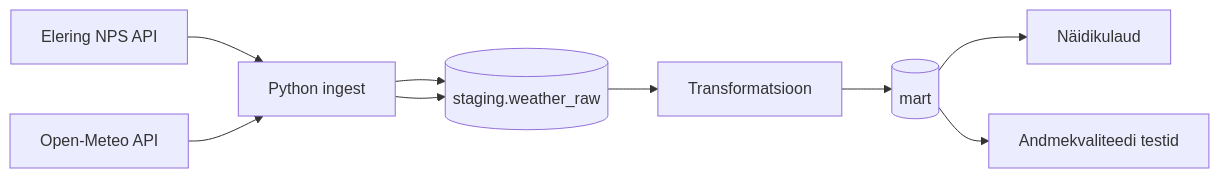
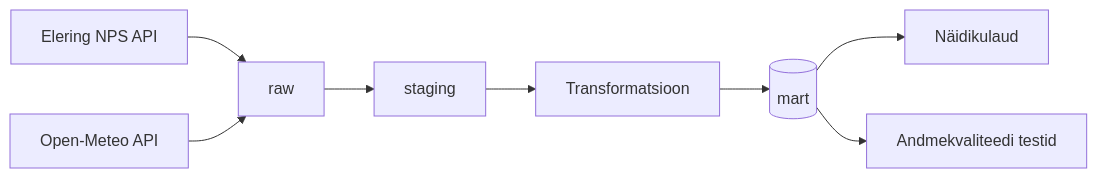
One commit to annniq/energy-weather-pipeline-v1 changed the diagram in docs/arhitektuur.md. Above: the diagram before and after it, drawn with Mermaid.

````diff
--- a/docs/arhitektuur.md
+++ b/docs/arhitektuur.md
@@ -23,13 +23,12 @@
 ```mermaid
 flowchart LR
-    api_prices[Elering NPS API] --> ingest[Python ingest]
-    api_weather[Open-Meteo API] --> ingest[Python ingest]
-    ingest --> staging[(staging.prices_raw)]
-    ingest --> staging[(staging.weather_raw)]
+    api_prices[Elering NPS API] --> ingest[raw]
+    api_weather[Open-Meteo API] --> ingest[raw]
+    ingest --> staging[staging]
     staging --> transform[Transformatsioon]
     transform --> mart[(mart)]
     mart --> dashboard[Näidikulaud]
     mart --> quality[Andmekvaliteedi testid]
 
 
 ```
````
